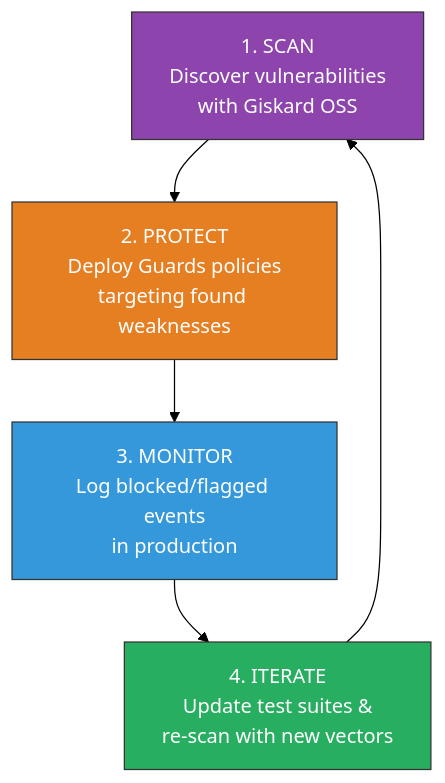
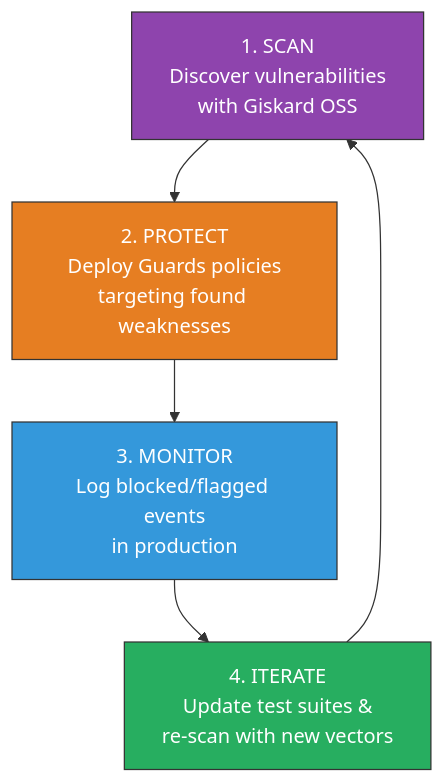
One commit to tanquangduong/tanquangduong.github.io changed the first of 4 diagrams in posts/llm/End-to-End-LLM-Security-with-Giskard-Scan-and-Guards.qmd. Above: the diagram before and after it, drawn with Mermaid. The commit also changed other lines of this file and 9 other files, not shown here.

````diff
--- a/posts/llm/End-to-End-LLM-Security-with-Giskard-Scan-and-Guards.qmd
+++ b/posts/llm/End-to-End-LLM-Security-with-Giskard-Scan-and-Guards.qmd
@@ -41,13 +41,12 @@
 ```{mermaid}
 graph TD
-    linkStyle default stroke:#000,color:#000
     A["1. SCAN<br/>Discover vulnerabilities<br/>with Giskard OSS"] --> B["2. PROTECT<br/>Deploy Guards policies<br/>targeting found weaknesses"]
     B --> C["3. MONITOR<br/>Log blocked/flagged events<br/>in production"]
     C --> D["4. ITERATE<br/>Update test suites &<br/>re-scan with new vectors"]
     D --> A
 
     style A fill:#8e44ad,color:#fff,stroke:#333
     style B fill:#e67e22,color:#fff,stroke:#333
     style C fill:#3498db,color:#fff,stroke:#333
     style D fill:#27ae60,color:#fff,stroke:#333
 ```
````
